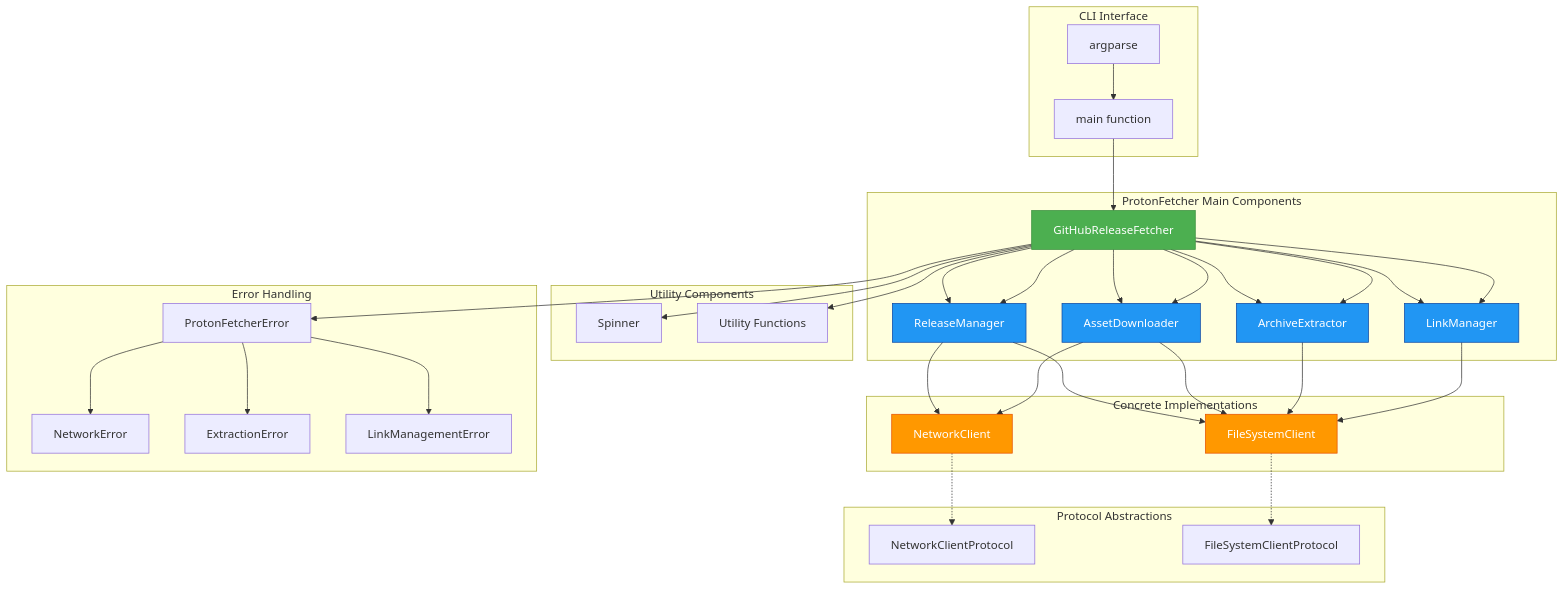
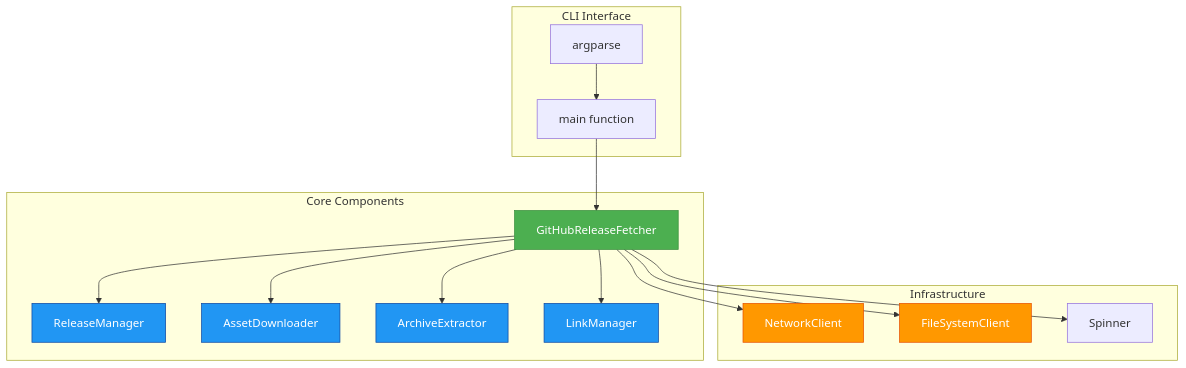
Before and after one commit to WombatFromHell/protonge-fetcher: the first of 6 diagrams in DESIGN.md, drawn with Mermaid. The commit also changed other lines of this file and 4 other files, not shown here.

````diff
--- a/DESIGN.md
+++ b/DESIGN.md
@@ -11,65 +11,34 @@
 ```mermaid
 graph TB
-    subgraph "ProtonFetcher Main Components"
+    subgraph "Core Components"
         A[GitHubReleaseFetcher] --> B[ReleaseManager]
         A --> C[AssetDownloader]
         A --> D[ArchiveExtractor]
         A --> E[LinkManager]
     end
 
-    subgraph "Protocol Abstractions"
-        F[NetworkClientProtocol]
-        G[FileSystemClientProtocol]
-    end
-
-    subgraph "Concrete Implementations"
-        H[NetworkClient]
-        I[FileSystemClient]
-    end
-
-    subgraph "Utility Components"
-        J[Spinner]
-        K[Utility Functions]
+    subgraph "Infrastructure"
+        F[NetworkClient]
+        G[FileSystemClient]
+        H[Spinner]
     end
 
     subgraph "CLI Interface"
-        L[main function]
-        M[argparse]
+        I[main function]
+        J[argparse]
     end
 
-    subgraph "Error Handling"
-        N[ProtonFetcherError]
-        O[NetworkError]
-        P[ExtractionError]
-        Q[LinkManagementError]
-    end
-
-    A --> B
-    A --> C
-    A --> D
-    A --> E
-    B --> H
-    B --> I
-    C --> H
-    C --> I
-    D --> I
-    E --> I
-    H -.-> F
-    I -.-> G
-    A --> J
-    A --> K
-    L --> A
-    M --> L
-    A --> N
-    N --> O
-    N --> P
-    N --> Q
+    A --> F
+    A --> G
+    A --> H
+    I --> A
+    J --> I
 
     style A fill:#4CAF50,stroke:#388E3C,color:#fff
     style B fill:#2196F3,stroke:#0D47A1,color:#fff
     style C fill:#2196F3,stroke:#0D47A1,color:#fff
     style D fill:#2196F3,stroke:#0D47A1,color:#fff
     style E fill:#2196F3,stroke:#0D47A1,color:#fff
-    style H fill:#FF9800,stroke:#E65100,color:#fff
-    style I fill:#FF9800,stroke:#E65100,color:#fff
+    style F fill:#FF9800,stroke:#E65100,color:#fff
+    style G fill:#FF9800,stroke:#E65100,color:#fff
 ```
````
